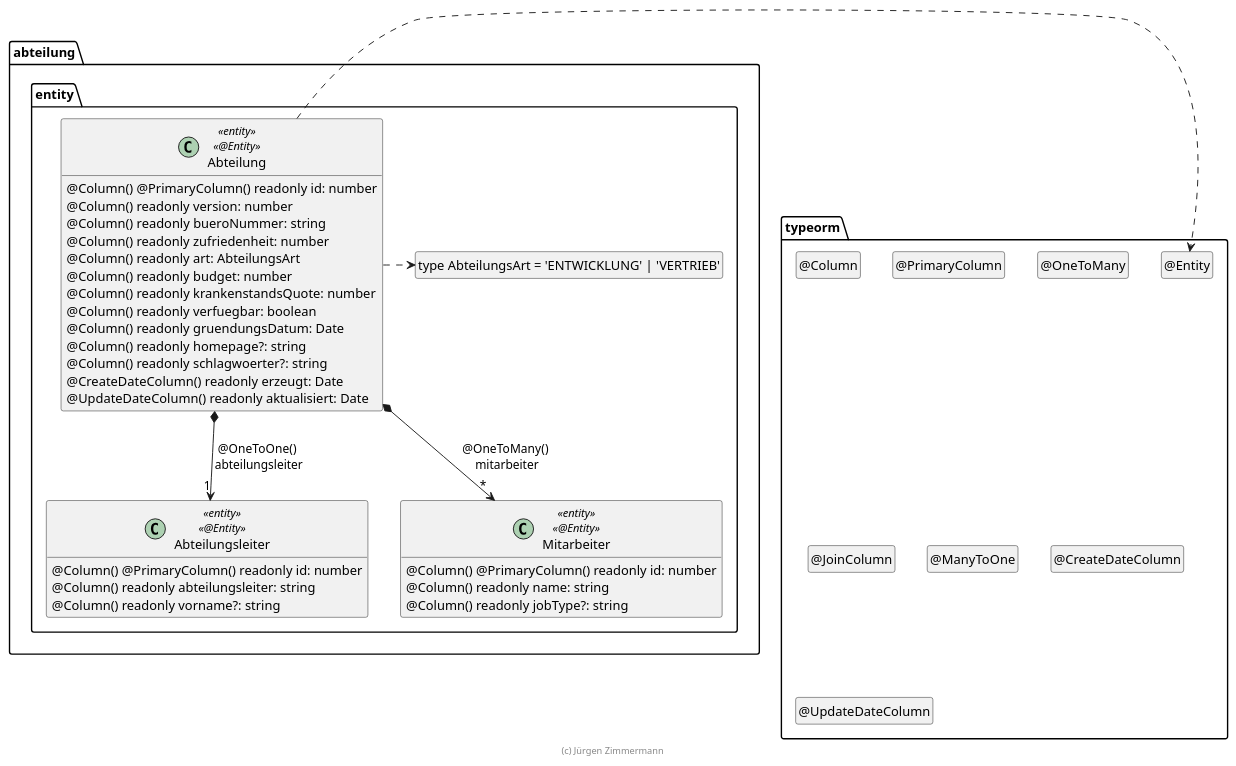
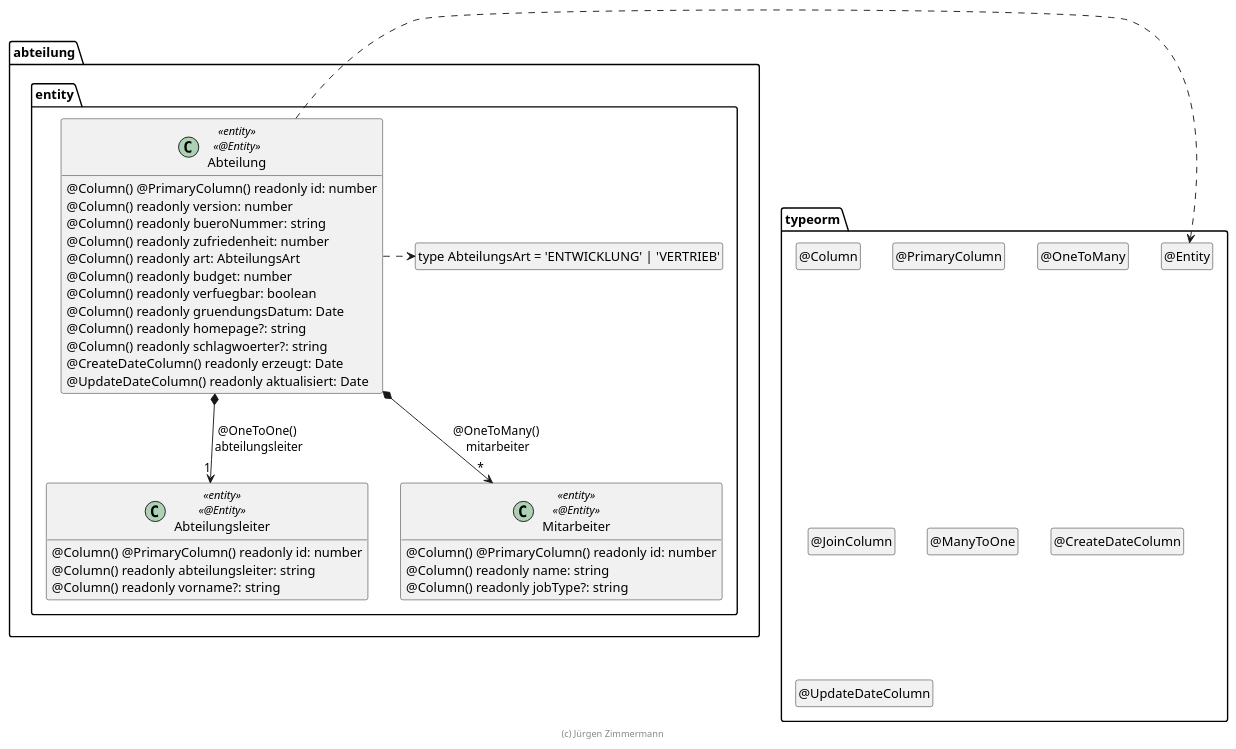
One commit to Maximw2002/abteilung-test changed the diagram in .extras/doc/projekthandbuch/Abteilung.plantuml. Above: the diagram before and after it, drawn with PlantUML. The commit also changed 21 other files, not shown here.

```diff
--- a/.extras/doc/projekthandbuch/Abteilung.plantuml
+++ b/.extras/doc/projekthandbuch/Abteilung.plantuml
@@ -18,65 +18,64 @@
 @startuml Entity
 
 package typeorm {
   class "@Entity" as Entity
   hide Entity circle
   class "@Column" as Column
   hide Column circle
   class "@PrimaryColumn" as PrimaryColumn
   hide PrimaryColumn circle
   class "@OneToMany" as OneToMany
   hide OneToMany circle
   class "@JoinColumn" as JoinColumn
   hide JoinColumn circle
   class "@ManyToOne" as ManyToOne
   hide ManyToOne circle
   class "@CreateDateColumn" as CreateDateColumn
   hide CreateDateColumn circle
   class "@UpdateDateColumn" as UpdateDateColumn
   hide UpdateDateColumn circle
 }
 
 package abteilung.entity {
   class "type AbteilungsArt = 'ENTWICKLUNG' | 'VERTRIEB'" as AbteilungsArt
   hide AbteilungsArt circle
 
   class Abteilung <<entity>> <<@Entity>> {
     @Column() @PrimaryColumn() readonly id: number
     @Column() readonly version: number
     @Column() readonly bueroNummer: string
     @Column() readonly zufriedenheit: number
     @Column() readonly art: AbteilungsArt
     @Column() readonly budget: number
-    @Column() readonly krankenstandsQuote: number
     @Column() readonly verfuegbar: boolean
     @Column() readonly gruendungsDatum: Date
     @Column() readonly homepage?: string
     @Column() readonly schlagwoerter?: string
     @CreateDateColumn() readonly erzeugt: Date
     @UpdateDateColumn() readonly aktualisiert: Date
   }
 
   class Abteilungsleiter <<entity>> <<@Entity>> {
     @Column() @PrimaryColumn() readonly id: number
     @Column() readonly abteilungsleiter: string
     @Column() readonly vorname?: string
   }
 
   class Mitarbeiter <<entity>> <<@Entity>> {
     @Column() @PrimaryColumn() readonly id: number
     @Column() readonly name: string
     @Column() readonly jobType?: string
   }
 
   Abteilung *--> "1" Abteilungsleiter : @OneToOne() \nabteilungsleiter
   Abteilung *--> "*" Mitarbeiter : @OneToMany() \nmitarbeiter
 
   Abteilung .right.> Entity
   Abteilung .right.> AbteilungsArt
 }
 
 hide empty members
 
 footer (c) Jürgen Zimmermann
 
 @enduml
```
